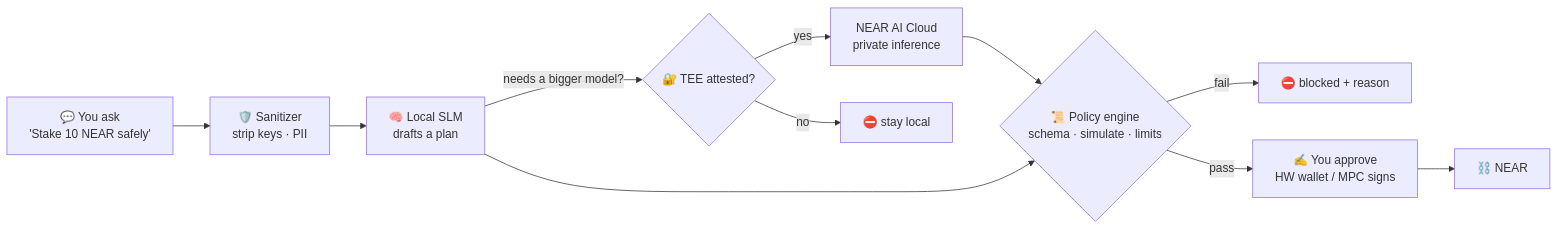
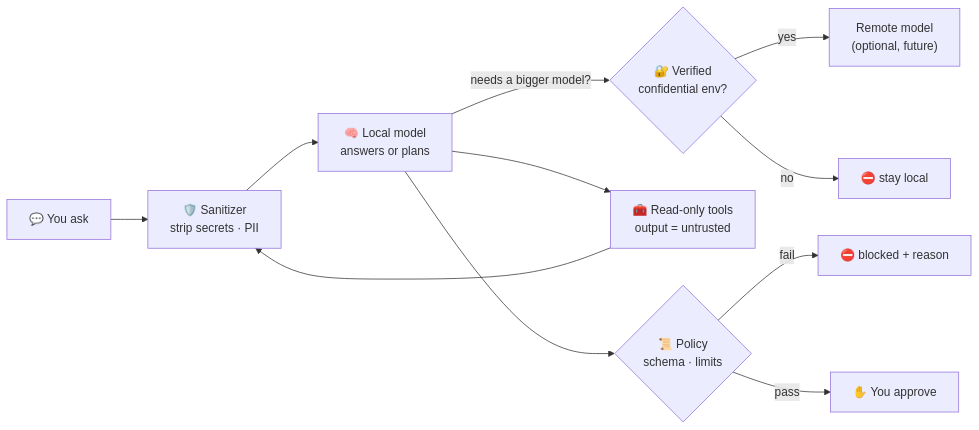
One commit to 9lordisgod/salomon changed the second of 3 diagrams in README.md. Above: the diagram before and after it, drawn with Mermaid. The commit also changed other lines of this file and 3 other files, not shown here.

````diff
--- a/README.md
+++ b/README.md
@@ -73,13 +69,13 @@
 ```mermaid
 flowchart LR
-  A["💬 You ask<br/>'Stake 10 NEAR safely'"] --> B["🛡️ Sanitizer<br/>strip keys · PII"]
-  B --> C["🧠 Local SLM<br/>drafts a plan"]
-  C -->|needs a bigger model?| D{"🔐 TEE attested?"}
-  D -->|yes| E["NEAR AI Cloud<br/>private inference"]
+  A["💬 You ask"] --> B["🛡️ Sanitizer<br/>strip secrets · PII"]
+  B --> C["🧠 Local model<br/>answers or plans"]
+  C -->|needs a bigger model?| D{"🔐 Verified<br/>confidential env?"}
+  D -->|yes| E["Remote model<br/>(optional, future)"]
   D -->|no| X1["⛔ stay local"]
-  E --> F
-  C --> F{"📜 Policy engine<br/>schema · simulate · limits"}
+  C --> T["🧰 Read-only tools<br/>output = untrusted"]
+  T --> B
+  C --> F{"📜 Policy<br/>schema · limits"}
   F -->|fail| X2["⛔ blocked + reason"]
-  F -->|pass| G["✍️ You approve<br/>HW wallet / MPC signs"]
-  G --> H["⛓️ NEAR"]
+  F -->|pass| G["✋ You approve"]
 ```
````
